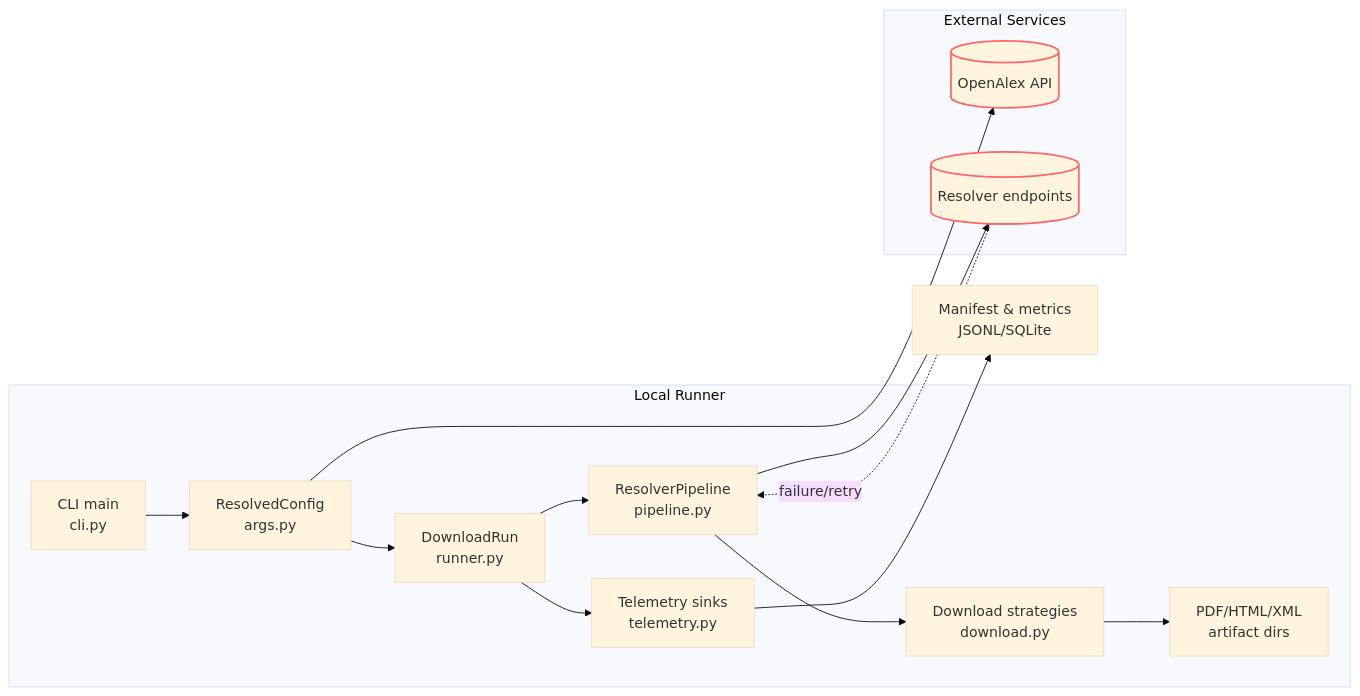
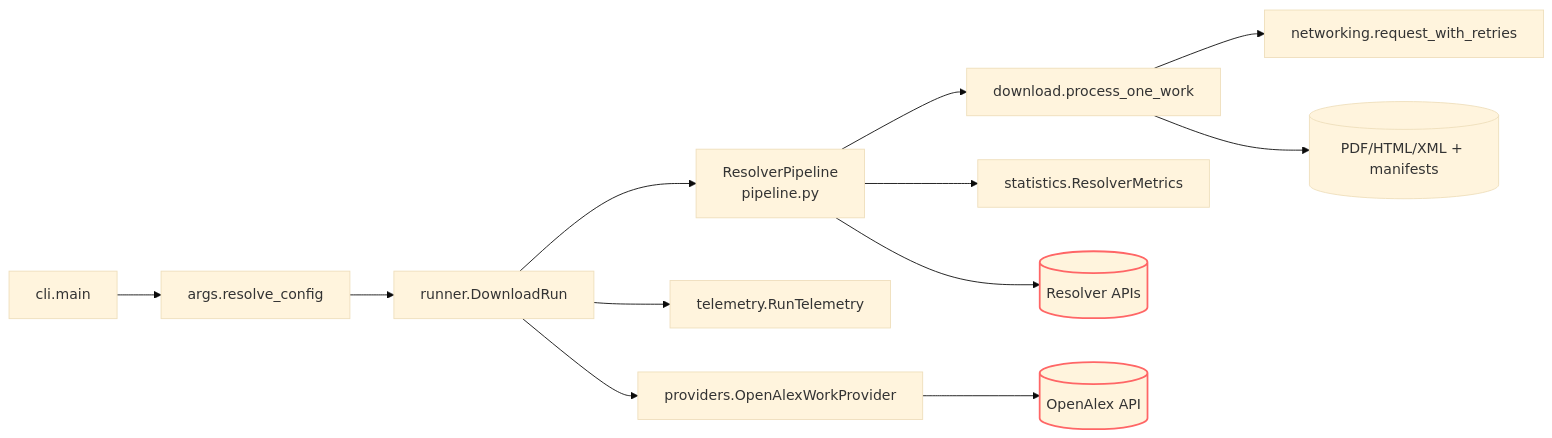
One commit to paul-heyse/DocsToKG changed the diagram in src/DocsToKG/ContentDownload/README.md. Above: the diagram before and after it, drawn with Mermaid (base theme). The commit also changed other lines of this file and 58 other files, not shown here.

````diff
--- a/src/DocsToKG/ContentDownload/README.md
+++ b/src/DocsToKG/ContentDownload/README.md
@@ -113,22 +111,16 @@
 ```mermaid
 flowchart LR
-  subgraph Local Runner
-    CLI[CLI main\ncli.py] --> Args[ResolvedConfig\nargs.py]
-    Args --> Run[DownloadRun\nrunner.py]
-    Run --> Pipe[ResolverPipeline\npipeline.py]
-    Pipe --> Fetch[Download strategies\ndownload.py]
-    Run --> Telemetry[Telemetry sinks\ntelemetry.py]
-    Fetch --> Storage[PDF/HTML/XML\nartifact dirs]
-  end
-  subgraph External Services
-    OA[(OpenAlex API)]
-    Resolvers[(Resolver endpoints)]
-  end
-  Args --> OA
-  Pipe --> Resolvers
-  Resolvers -.->|failure/retry| Pipe
-  Telemetry --> Reports[Manifest & metrics\nJSONL/SQLite]
-  class OA,Resolvers external;
-  classDef external stroke:#f66,stroke-width:2px;
-  classDef dashed stroke-dasharray:5 5;
+  CLI[cli.main] --> Args[args.resolve_config]
+  Args --> Run[runner.DownloadRun]
+  Run --> Pipe[ResolverPipeline\npipeline.py]
+  Pipe --> Download[download.process_one_work]
+  Download --> Net[networking.request_with_retries]
+  Download --> Files[(PDF/HTML/XML + manifests)]
+  Pipe --> Metrics[statistics.ResolverMetrics]
+  Run --> Telemetry[telemetry.RunTelemetry]
+  Run --> Provider[providers.OpenAlexWorkProvider]
+  Provider --> OA[(OpenAlex API)]
+  Pipe --> Resolvers[(Resolver APIs)]
+  classDef ext stroke:#f66,stroke-width:2px;
+  class OA,Resolvers ext;
 ```
````
